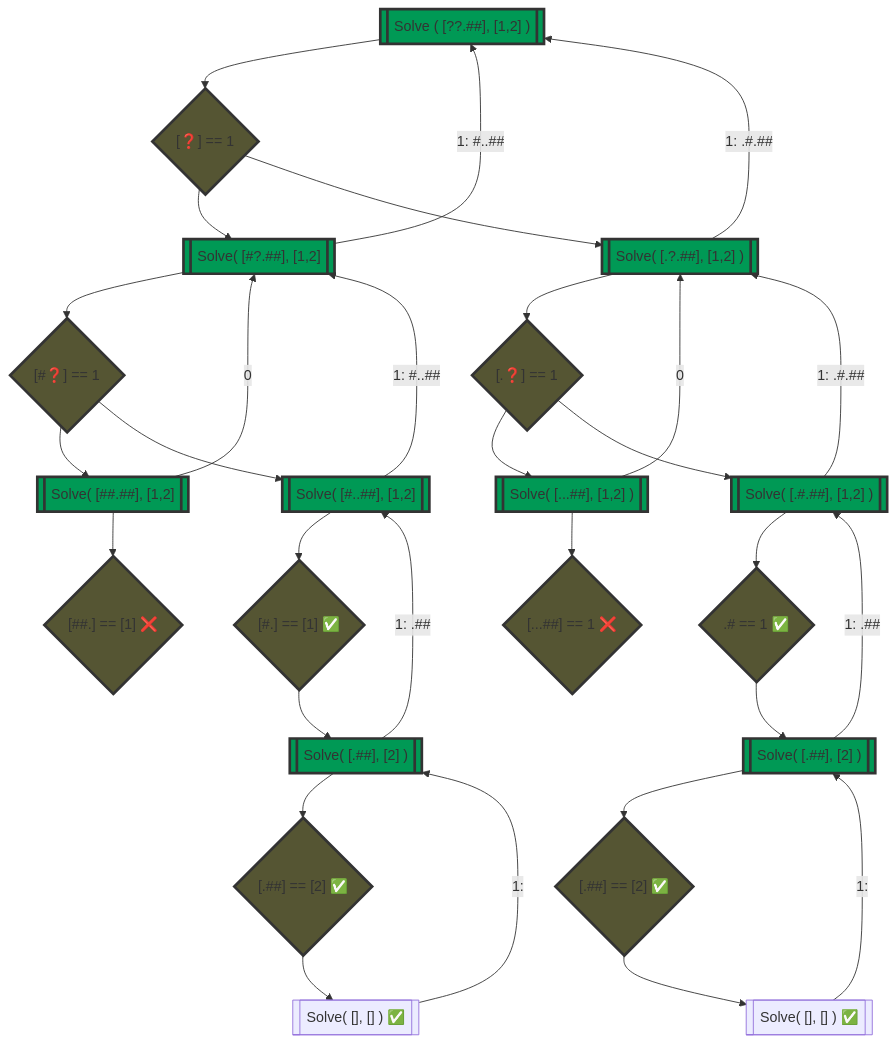
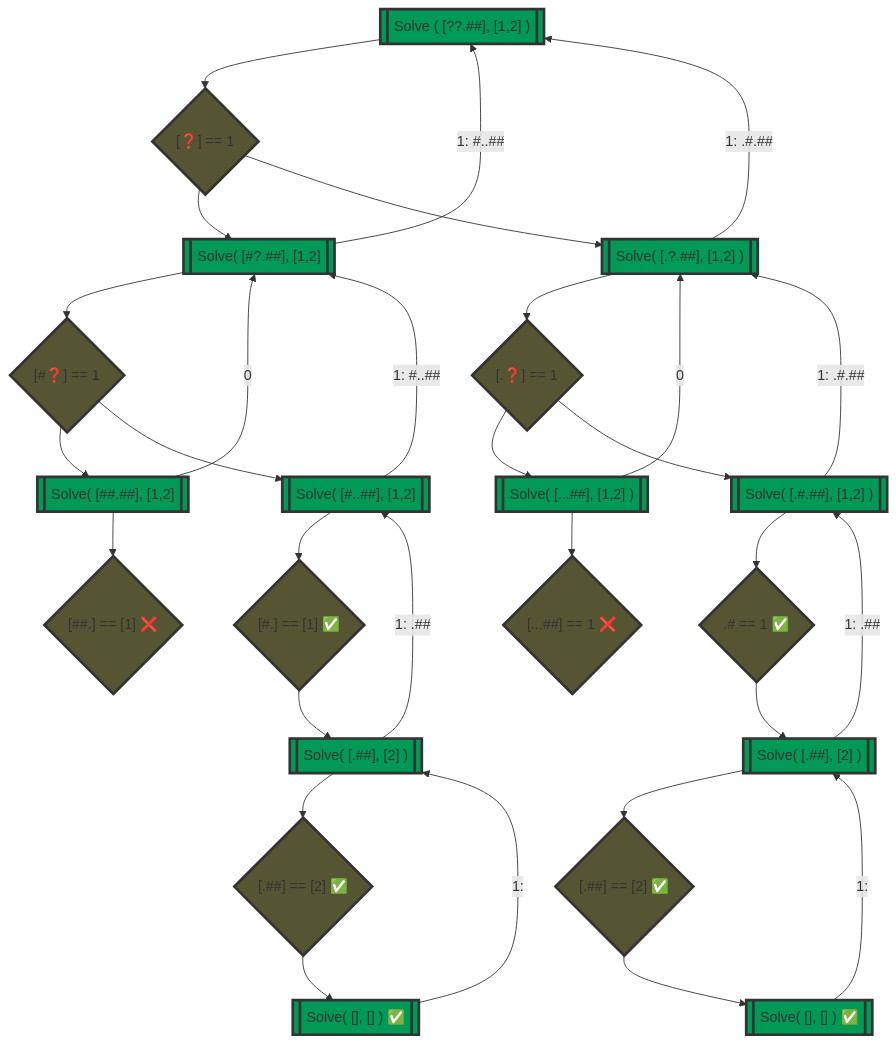
Before and after one commit to gvelim/advent2023: the diagram in src/bin/day12/README.md, drawn with Mermaid.

````diff
--- a/src/bin/day12/README.md
+++ b/src/bin/day12/README.md
@@ -120,30 +120,30 @@
 ```mermaid
 graph TD
     A[["Solve ( [??.##], [1,2] )"]] --> B{"[❓] == 1"}
     B --> C[["Solve( [#?.##], [1,2]"]] 
         C --> E{"[#❓] == 1"} 
             C -- "1: #..##" --> A
             E --> G[["Solve( [##.##], [1,2]"]] -- 0 --> C
                 G --> H{"[##.] == [1] ❌"}
             E --> F[["Solve( [#..##], [1,2]"]] -- "1: #..##" --> C
                 F --> F1 
                     F1{"[#.] == [1] ✅"} --> I
                         I[["Solve( [.##], [2] )"]] -- "1: .##" --> F
                         I --> IA{"[.##] == [2] ✅"}
                             IA --> IB[["Solve( [], [] ) ✅"]] -- "1:" --> I
     B --> D[["Solve( [.?.##], [1,2] )"]] -- "1: .#.##" --> A
         D --> J{"[.❓] == 1"}
             J --> L -- 0 --> D 
                 L[["Solve( [...##], [1,2] )"]] --> O
                 O{"[...##] == 1 ❌"}
             J --> K[["Solve( [.#.##], [1,2] )"]] -- "1: .#.##" --> D
                 K --> M{".# == 1 ✅"}
                     M --> P[["Solve( [.##], [2] )"]] -- "1: .##" --> K
                     P --> Q{"[.##] == [2] ✅"}
                         Q --> QA[["Solve( [], [] ) ✅"]] -- "1:" --> P
 
     classDef function fill:#095,stroke:#333,stroke-width:3px;
     classDef decision fill:#553,stroke:#333,stroke-width:3px;
-    class A,C,D,G,F,L,K,P,I function
+    class A,C,D,G,F,L,K,P,I,Q,IB,QA function
     class B,E,H,J,O,F1,IA,M,Q decision
 ```
````
